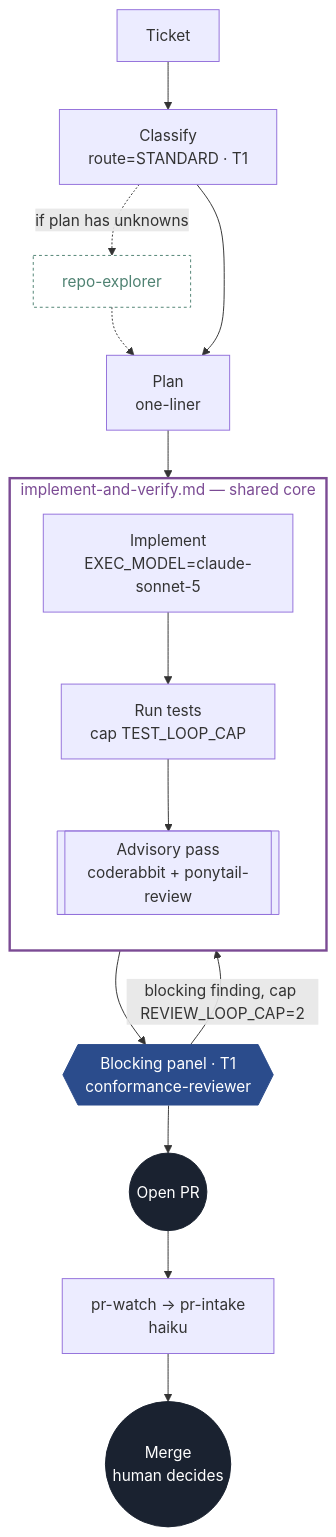
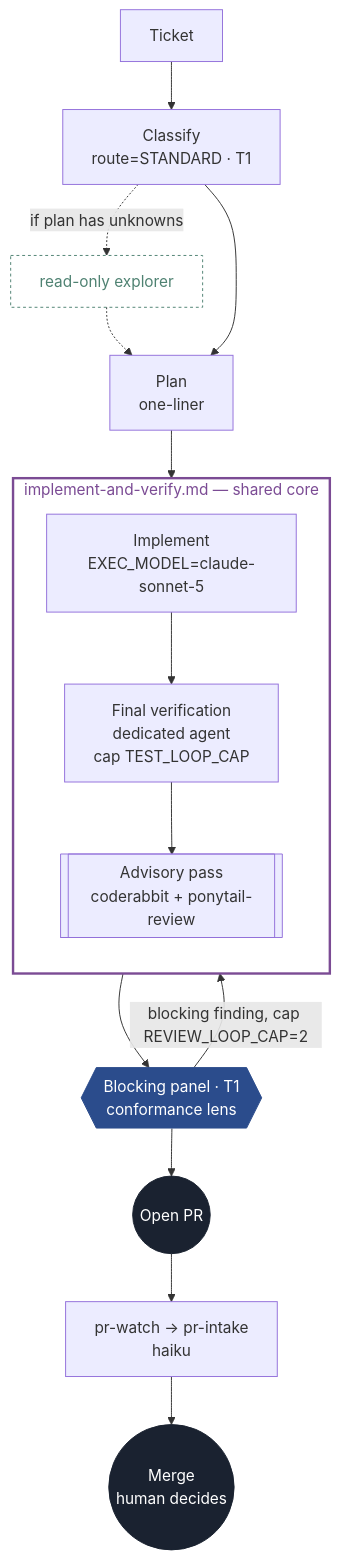
Before and after one commit to aanojima/software-factory: the second of 8 diagrams in README.md, drawn with Mermaid. The commit also changed other lines of this file and 52 other files, not shown here.

Commit message:
Add plugin-only native agent workflows (#2)

````diff
--- a/README.md
+++ b/README.md
@@ -166,27 +172,27 @@
 ```mermaid
 flowchart TD
     classDef advisory fill:transparent,stroke:#4F8272,color:#4F8272,stroke-width:1px,stroke-dasharray:3 3;
     classDef block fill:#2B4C8C,stroke:#2B4C8C,color:#fff;
     classDef gate fill:transparent,stroke:#B5651D,color:#B5651D,stroke-width:2px;
     classDef terminal fill:#1A2230,stroke:#1A2230,color:#fff;
     classDef core fill:transparent,stroke:#7B4B94,color:#7B4B94,stroke-width:2.5px;
     A[Ticket] --> B0["Classify<br/>route=STANDARD · T1"]
-    B0 -.->|if plan has unknowns| X["repo-explorer"]
+    B0 -.->|if plan has unknowns| X["read-only explorer"]
     X -.-> P
     B0 --> P["Plan<br/>one-liner"]
     P --> B
     subgraph CORE2["implement-and-verify.md — shared core"]
         direction TB
-        B["Implement<br/>EXEC_MODEL=claude-sonnet-5"] --> C["Run tests<br/>cap TEST_LOOP_CAP"]
+        B["Implement<br/>EXEC_MODEL=claude-sonnet-5"] --> C["Final verification<br/>dedicated agent<br/>cap TEST_LOOP_CAP"]
         C --> D[["Advisory pass<br/>coderabbit + ponytail-review"]]
     end
-    D --> F{{"Blocking panel · T1<br/>conformance-reviewer"}}
+    D --> F{{"Blocking panel · T1<br/>conformance lens"}}
     F -->|blocking finding, cap REVIEW_LOOP_CAP=2| B
     F --> G(("Open PR"))
     G --> H["pr-watch → pr-intake<br/>haiku"]
     H --> I(("Merge<br/>human decides"))
     class X advisory
     class F block
     class G,I terminal
     class CORE2 core
 ```
````
